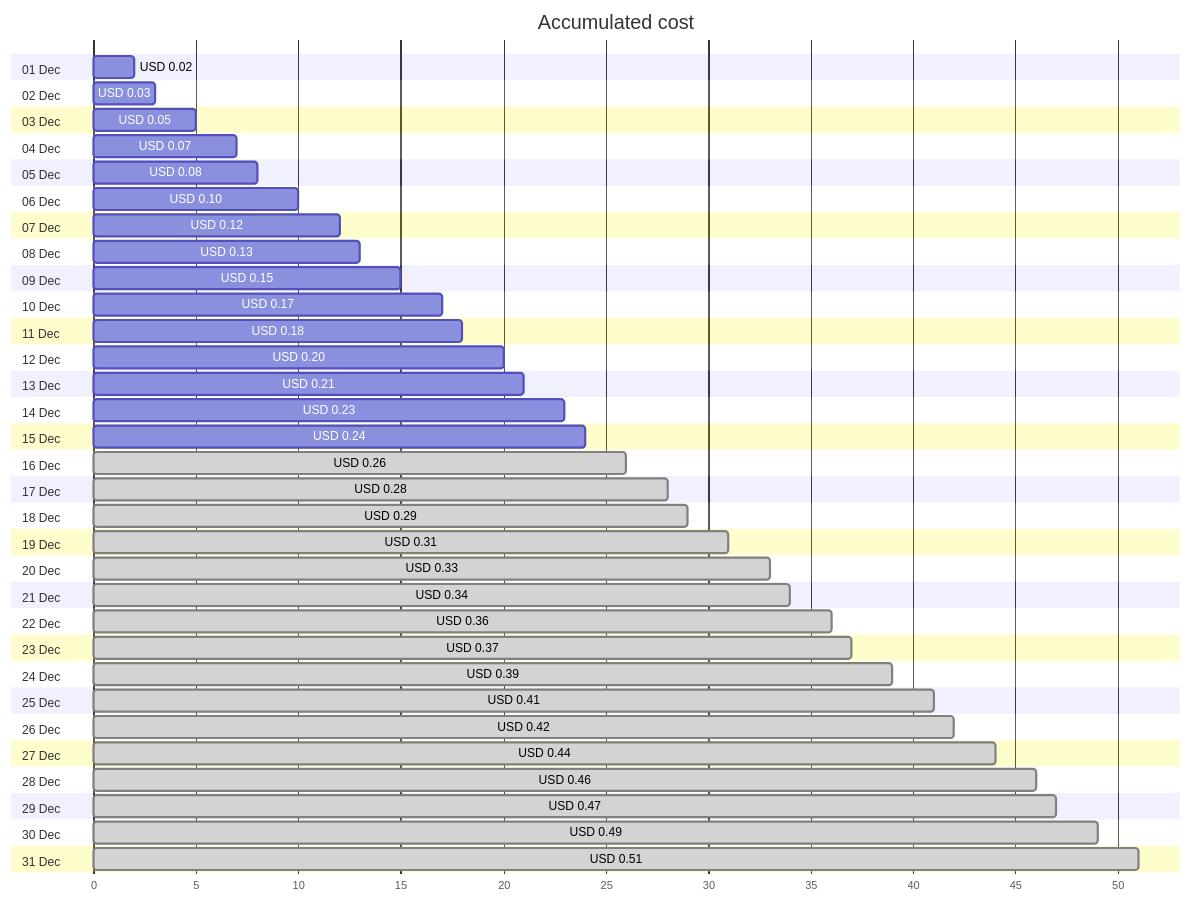
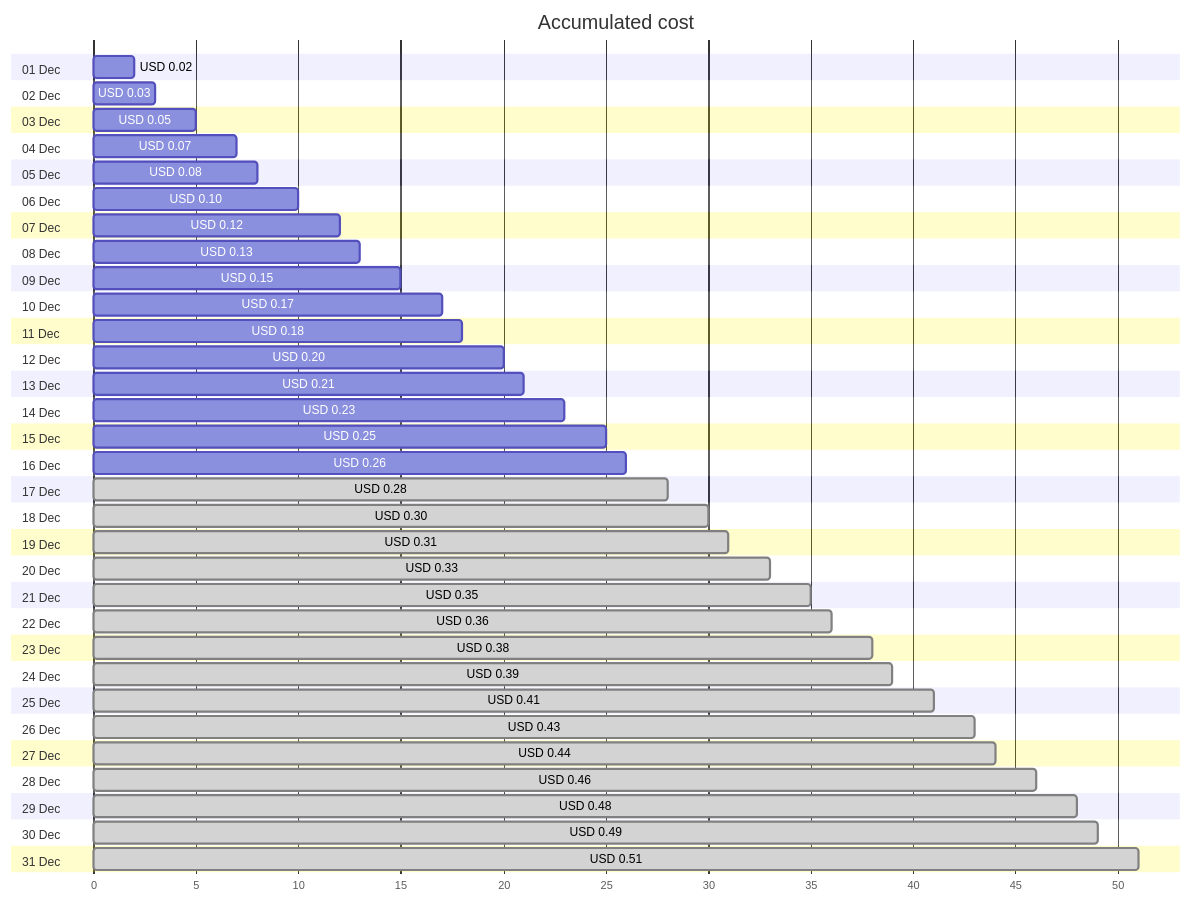
One commit to jpfulton/azure-personal-reports changed the first of 4 diagrams in cost-reports/personal-dns/jpatrickfulton.dev.md. Above: the diagram before and after it, drawn with Mermaid. The commit also changed other lines of this file and 2 other files, not shown here.

````diff
--- a/cost-reports/personal-dns/jpatrickfulton.dev.md
+++ b/cost-reports/personal-dns/jpatrickfulton.dev.md
@@ -20,68 +20,68 @@
 ```mermaid
 gantt
    title Accumulated cost
    dateFormat  X
    axisFormat %s
    section 01 Dec
    USD 0.02 :0, 2
    section 02 Dec
    USD 0.03 :0, 3
    section 03 Dec
    USD 0.05 :0, 5
    section 04 Dec
    USD 0.07 :0, 7
    section 05 Dec
    USD 0.08 :0, 8
    section 06 Dec
    USD 0.10 :0, 10
    section 07 Dec
    USD 0.12 :0, 12
    section 08 Dec
    USD 0.13 :0, 13
    section 09 Dec
    USD 0.15 :0, 15
    section 10 Dec
    USD 0.17 :0, 17
    section 11 Dec
    USD 0.18 :0, 18
    section 12 Dec
    USD 0.20 :0, 20
    section 13 Dec
    USD 0.21 :0, 21
    section 14 Dec
    USD 0.23 :0, 23
    section 15 Dec
-   USD 0.24 :0, 24
+   USD 0.25 :0, 25
    section 16 Dec
-   USD 0.26 : done, 0, 26
+   USD 0.26 :0, 26
    section 17 Dec
    USD 0.28 : done, 0, 28
    section 18 Dec
-   USD 0.29 : done, 0, 29
+   USD 0.30 : done, 0, 30
    section 19 Dec
    USD 0.31 : done, 0, 31
    section 20 Dec
    USD 0.33 : done, 0, 33
    section 21 Dec
-   USD 0.34 : done, 0, 34
+   USD 0.35 : done, 0, 35
    section 22 Dec
    USD 0.36 : done, 0, 36
    section 23 Dec
-   USD 0.37 : done, 0, 37
+   USD 0.38 : done, 0, 38
    section 24 Dec
    USD 0.39 : done, 0, 39
    section 25 Dec
    USD 0.41 : done, 0, 41
    section 26 Dec
-   USD 0.42 : done, 0, 42
+   USD 0.43 : done, 0, 43
    section 27 Dec
    USD 0.44 : done, 0, 44
    section 28 Dec
    USD 0.46 : done, 0, 46
    section 29 Dec
-   USD 0.47 : done, 0, 47
+   USD 0.48 : done, 0, 48
    section 30 Dec
    USD 0.49 : done, 0, 49
    section 31 Dec
    USD 0.51 : done, 0, 51
 ```
````
